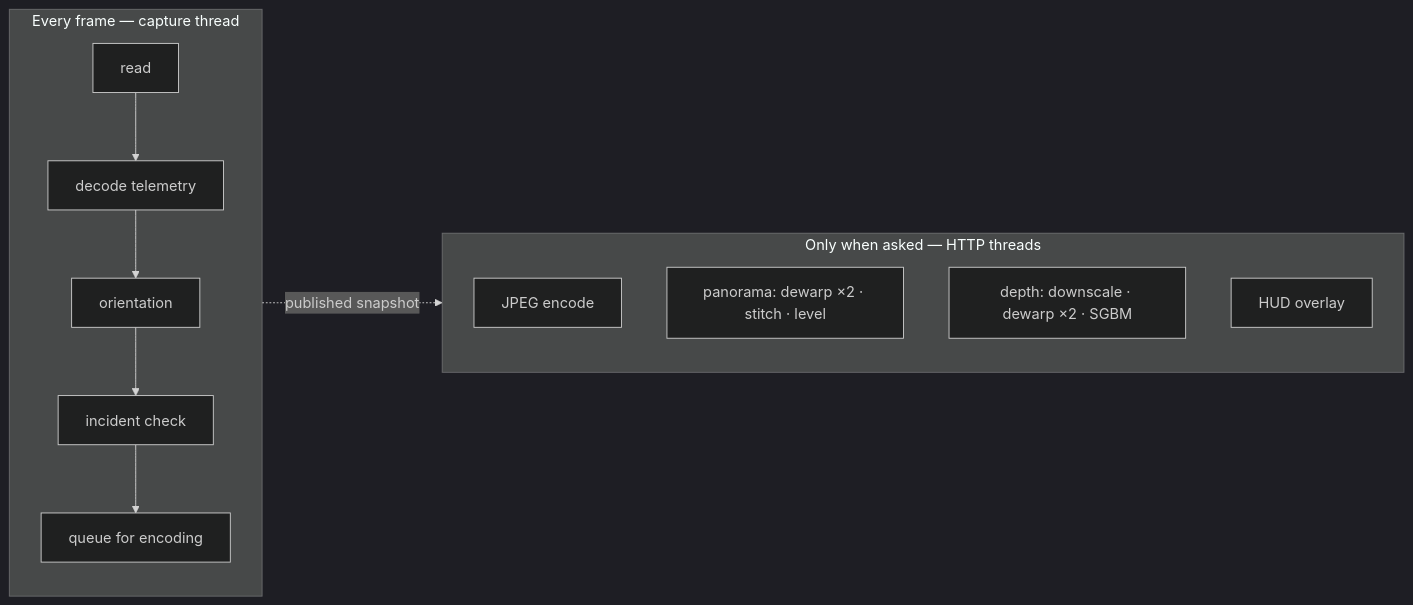
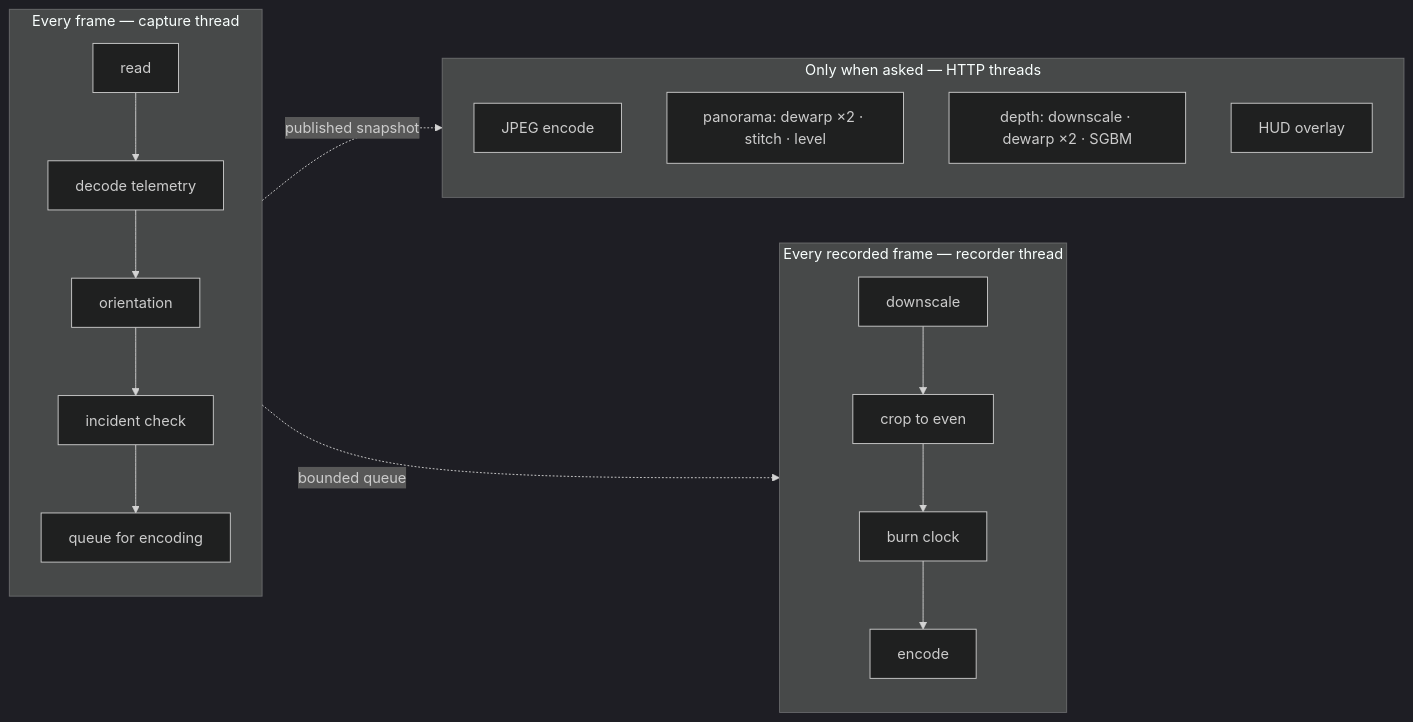
Before and after one commit to Life-Experimentalist/Vectra-180: the fourth of 4 diagrams in docs/architecture.md, drawn with Mermaid (dark theme). The commit also changed other lines of this file and 24 other files, not shown here.

````diff
--- a/docs/architecture.md
+++ b/docs/architecture.md
@@ -178,15 +203,20 @@
 ```mermaid
 flowchart LR
     subgraph always["Every frame — capture thread"]
         A1["read"] --> A2["decode telemetry"] --> A3["orientation"] --> A4["incident check"] --> A5["queue for encoding"]
+    end
+
+    subgraph rec["Every recorded frame — recorder thread"]
+        C1["downscale"] --> C2["crop to even"] --> C3["burn clock"] --> C4["encode"]
     end
 
     subgraph ondemand["Only when asked — HTTP threads"]
         B1["JPEG encode"]
         B2["panorama: dewarp ×2 · stitch · level"]
         B3["depth: downscale · dewarp ×2 · SGBM"]
         B4["HUD overlay"]
     end
 
     always -.->|"published snapshot"| ondemand
+    always -.->|"bounded queue"| rec
 ```
````
